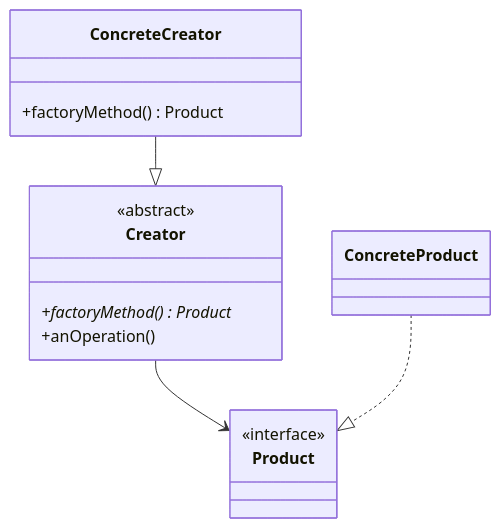
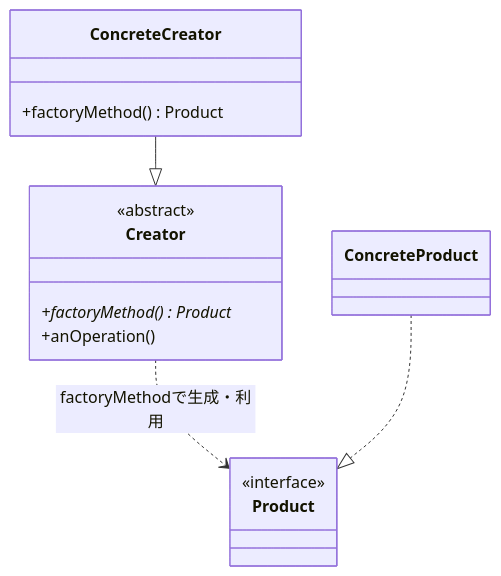
Diagram 12 of 13 in kindle/design-patterns/output/chapter08.md (kumachan1101-pixel/DesignPattern), drawn with Mermaid before and after one commit. The commit also changed other lines of this file and 2 other files, not shown here.

````diff
--- a/kindle/design-patterns/output/chapter08.md
+++ b/kindle/design-patterns/output/chapter08.md
@@ -2761,19 +2812,19 @@
 ```mermaid
 classDiagram
     class Creator {
         <<abstract>>
         +factoryMethod()* Product
         +anOperation()
     }
     class ConcreteCreator {
         +factoryMethod() Product
     }
     class Product {
         <<interface>>
     }
     class ConcreteProduct {
     }
-    Creator --> Product
+    Creator ..> Product : factoryMethodで生成・利用
     ConcreteCreator --|> Creator
     ConcreteProduct ..|> Product
 ```
````
